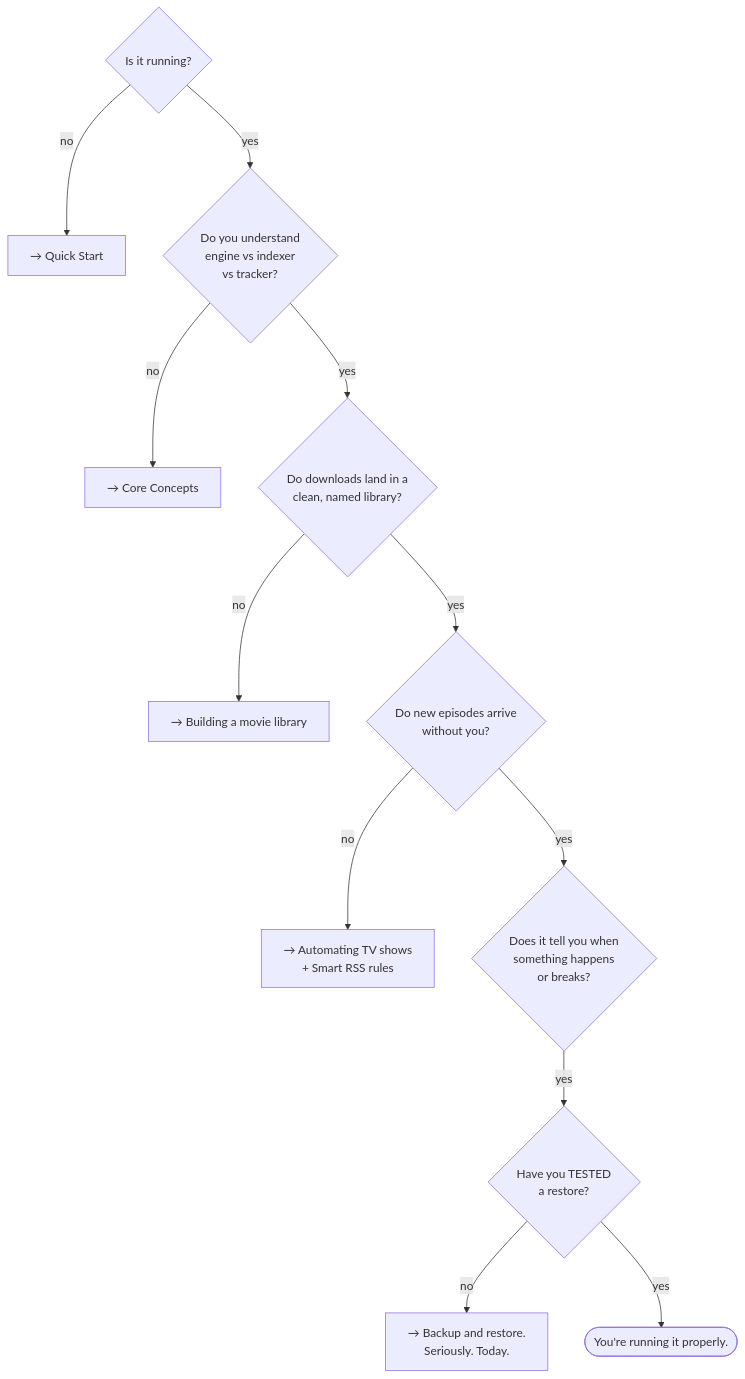
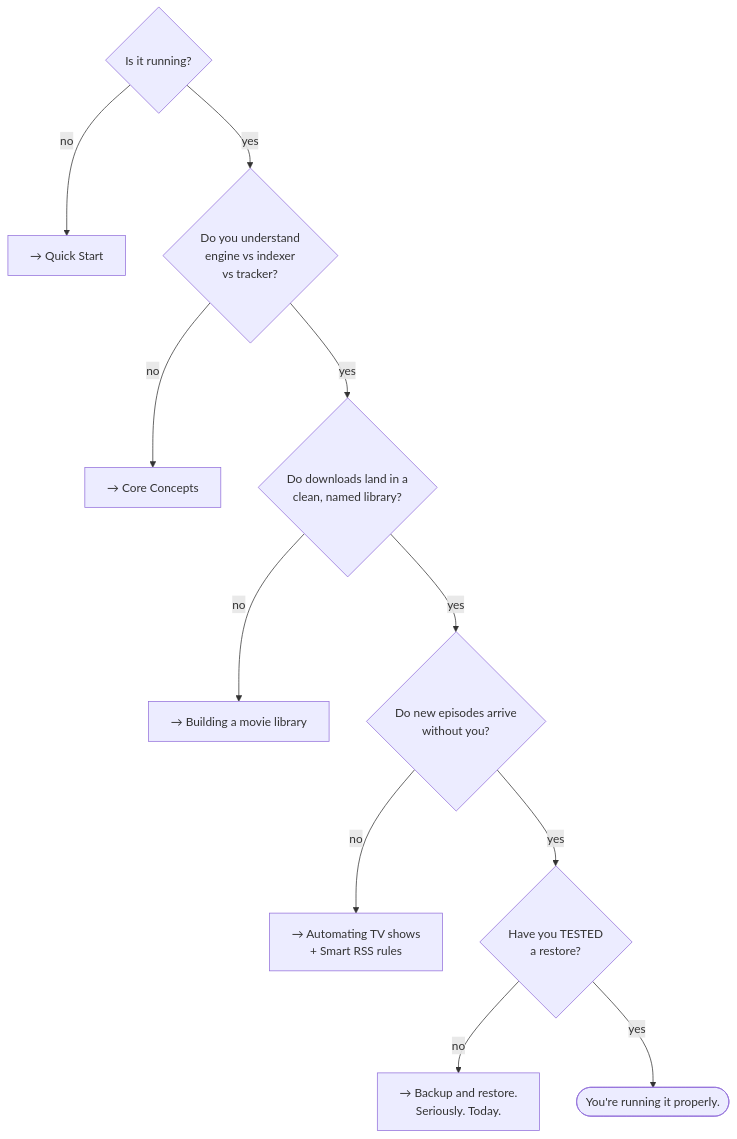
The second of 2 diagrams in website/docs/learn/tutorials/index.md (damirabal/ultratorrent-core), drawn with Mermaid before and after one commit. The commit also changed other lines of this file and 63 other files, not shown here.

````diff
--- a/website/docs/learn/tutorials/index.md
+++ b/website/docs/learn/tutorials/index.md
@@ -152,15 +152,14 @@
 ```mermaid
 flowchart TB
   Q1{"Is it running?"}
   Q1 -->|no| P1["→ Quick Start"]
   Q1 -->|yes| Q2{"Do you understand<br/>engine vs indexer<br/>vs tracker?"}
   Q2 -->|no| P2["→ Core Concepts"]
   Q2 -->|yes| Q3{"Do downloads land in a<br/>clean, named library?"}
   Q3 -->|no| P3["→ Building a movie library"]
   Q3 -->|yes| Q4{"Do new episodes arrive<br/>without you?"}
   Q4 -->|no| P4["→ Automating TV shows<br/>+ Smart RSS rules"]
-  Q4 -->|yes| Q5{"Does it tell you when<br/>something happens<br/>or breaks?"}
-  Q5 -->|yes| Q6{"Have you TESTED<br/>a restore?"}
+  Q4 -->|yes| Q6{"Have you TESTED<br/>a restore?"}
   Q6 -->|no| P6["→ Backup and restore.<br/>Seriously. Today."]
   Q6 -->|yes| DONE(["You're running it properly."])
 ```
````
